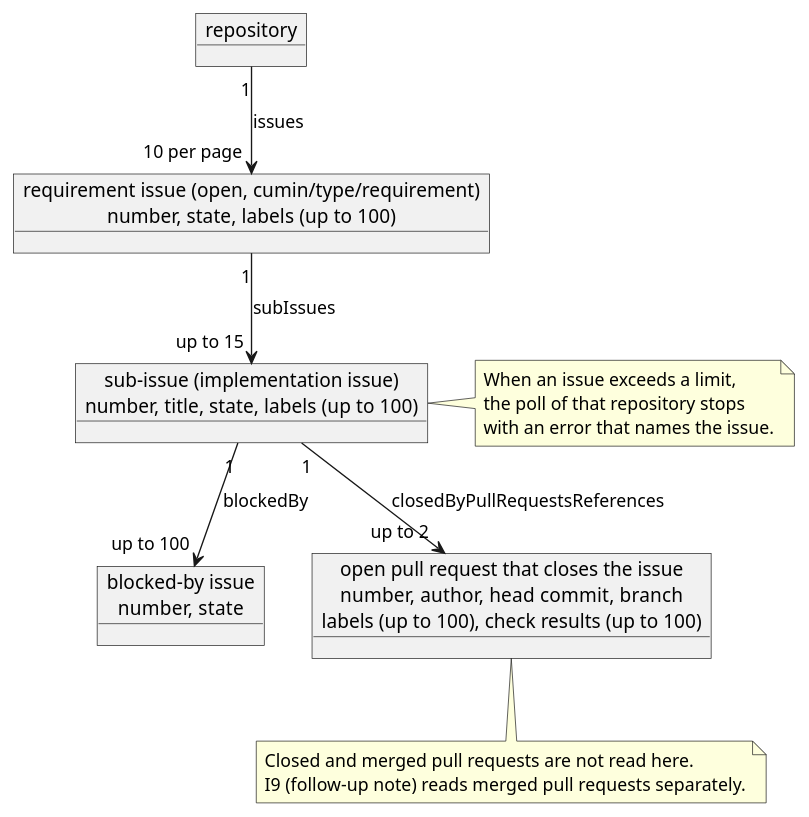
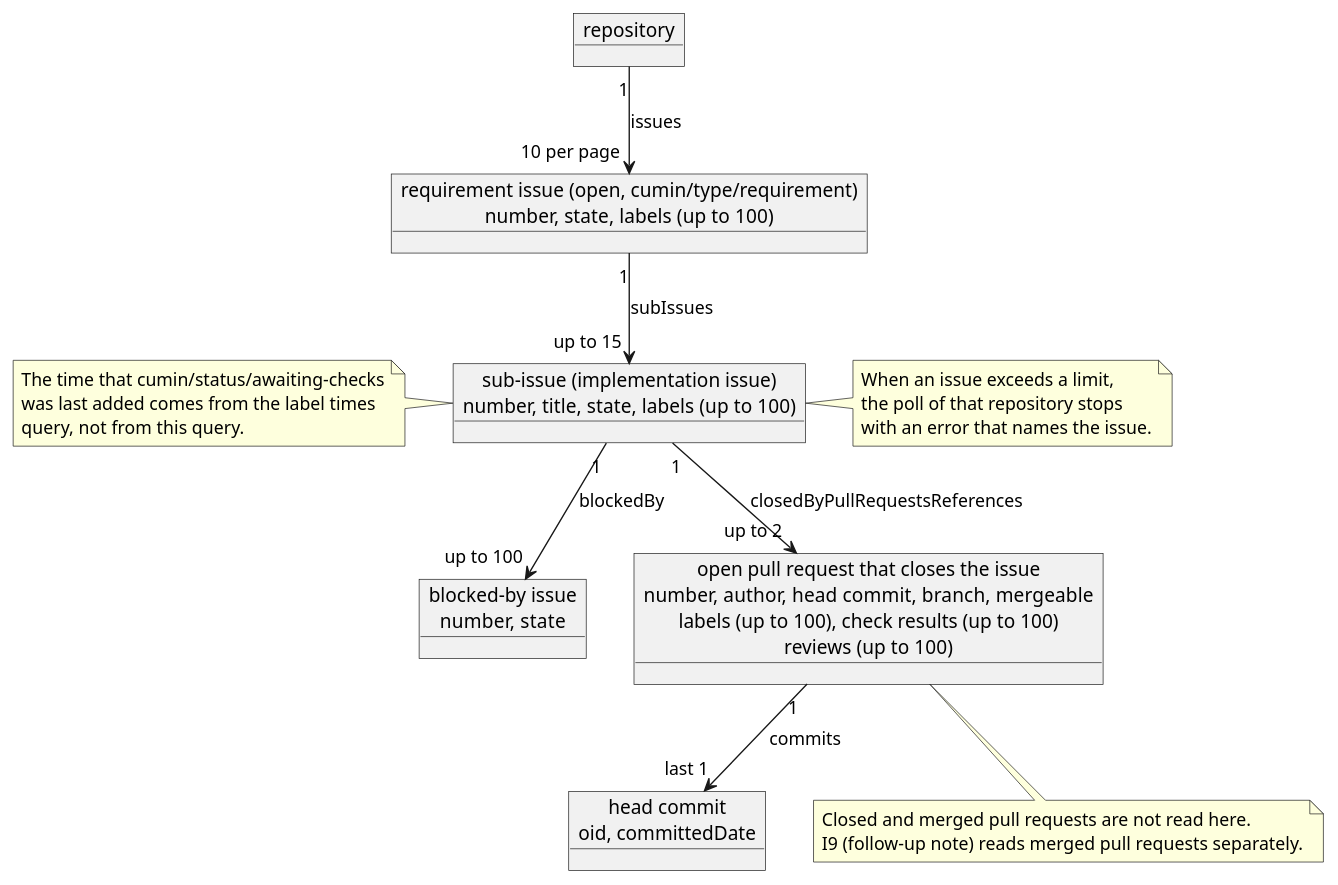
The diagram in docs/ja/designs/poll-snapshot.puml (cloveclovedev/cumin-works), drawn with PlantUML before and after one commit. The commit also changed 14 other files, not shown here.

First line of the commit message:
feat(workflow): carry mergeable and the wait times of the checks in the snapshot (#412)

```diff
--- a/docs/ja/designs/poll-snapshot.puml
+++ b/docs/ja/designs/poll-snapshot.puml
@@ -1,28 +1,35 @@
 @startuml poll-snapshot
 ' cumin works - what one query of a poll reads: nested connections and their limits.
 ' Document: poll.md, section on what a poll reads.
 ' Render: run scripts/render-diagrams.sh at the root of the repository.
 skinparam shadowing false
 skinparam defaultFontName sans-serif
 
 object "repository" as repo
 object "requirement issue (open, cumin/type/requirement)\nnumber, state, labels (up to 100)" as req
 object "sub-issue (implementation issue)\nnumber, title, state, labels (up to 100)" as sub
 object "blocked-by issue\nnumber, state" as blocker
-object "open pull request that closes the issue\nnumber, author, head commit, branch\nlabels (up to 100), check results (up to 100)" as pr
+object "open pull request that closes the issue\nnumber, author, head commit, branch, mergeable\nlabels (up to 100), check results (up to 100)\nreviews (up to 100)" as pr
+object "head commit\noid, committedDate" as commit
 
 repo "1" --> "10 per page" req : issues
 req "1" --> "up to 15" sub : subIssues
 sub "1" --> "up to 100" blocker : blockedBy
 sub "1" --> "up to 2" pr : closedByPullRequestsReferences
+pr "1" --> "last 1" commit : commits
 
 note bottom of pr
   Closed and merged pull requests are not read here.
   I9 (follow-up note) reads merged pull requests separately.
+end note
+note left of sub
+  The time that cumin/status/awaiting-checks
+  was last added comes from the label times
+  query, not from this query.
 end note
 note right of sub
   When an issue exceeds a limit,
   the poll of that repository stops
   with an error that names the issue.
 end note
 @enduml
```
